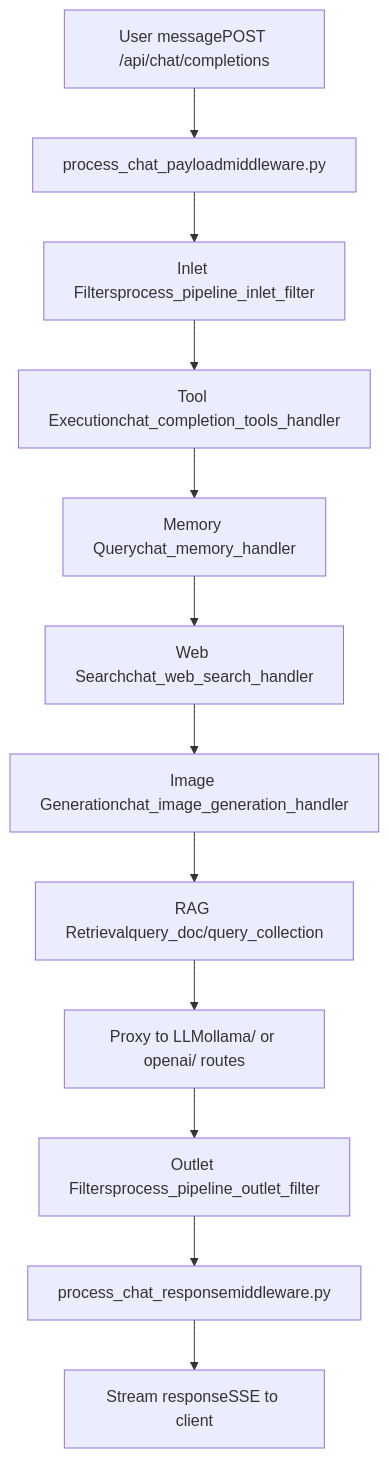
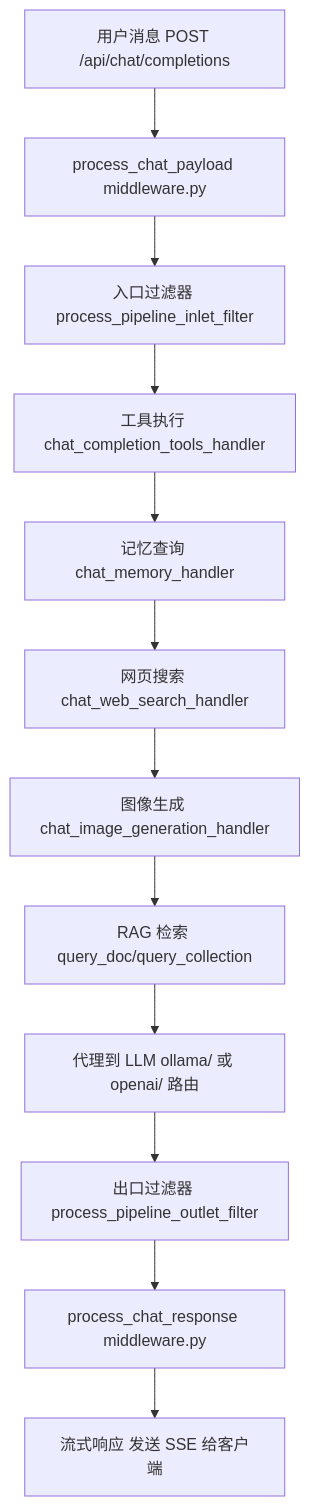
One commit to Chesszyh/Wiki changed the third of 7 diagrams in tests/open-webui_deepwiki/zh/1-overview.md. Above: the diagram before and after it, drawn with Mermaid. The commit also changed other lines of this file and 234 other files, not shown here.

````diff
--- a/tests/open-webui_deepwiki/zh/1-overview.md
+++ b/tests/open-webui_deepwiki/zh/1-overview.md
@@ -164,27 +164,27 @@
 ```mermaid
 flowchart TD
-    UserMsg["User messagePOST /api/chat/completions"]
-    PreProcess["process_chat_payloadmiddleware.py"]
-    InletFilter["Inlet Filtersprocess_pipeline_inlet_filter"]
-    ToolExec["Tool Executionchat_completion_tools_handler"]
-    Memory["Memory Querychat_memory_handler"]
-    WebSearch["Web Searchchat_web_search_handler"]
-    ImageGen["Image Generationchat_image_generation_handler"]
-    RAGProcess["RAG Retrievalquery_doc/query_collection"]
-    ProxyToLLM["Proxy to LLMollama/ or openai/ routes"]
-    OutletFilter["Outlet Filtersprocess_pipeline_outlet_filter"]
-    PostProcess["process_chat_responsemiddleware.py"]
-    StreamResponse["Stream responseSSE to client"]
+    UserMsg["用户消息 POST /api/chat/completions"]
+    PreProcess["process_chat_payload middleware.py"]
+    InletFilter["入口过滤器 process_pipeline_inlet_filter"]
+    ToolExec["工具执行 chat_completion_tools_handler"]
+    Memory["记忆查询 chat_memory_handler"]
+    WebSearch["网页搜索 chat_web_search_handler"]
+    ImageGen["图像生成 chat_image_generation_handler"]
+    RAGProcess["RAG 检索 query_doc/query_collection"]
+    ProxyToLLM["代理到 LLM ollama/ 或 openai/ 路由"]
+    OutletFilter["出口过滤器 process_pipeline_outlet_filter"]
+    PostProcess["process_chat_response middleware.py"]
+    StreamResponse["流式响应 发送 SSE 给客户端"]
 
     UserMsg --> PreProcess
     PreProcess --> InletFilter
     InletFilter --> ToolExec
     ToolExec --> Memory
     Memory --> WebSearch
     WebSearch --> ImageGen
     ImageGen --> RAGProcess
     RAGProcess --> ProxyToLLM
     ProxyToLLM --> OutletFilter
     OutletFilter --> PostProcess
     PostProcess --> StreamResponse
 ```
````
